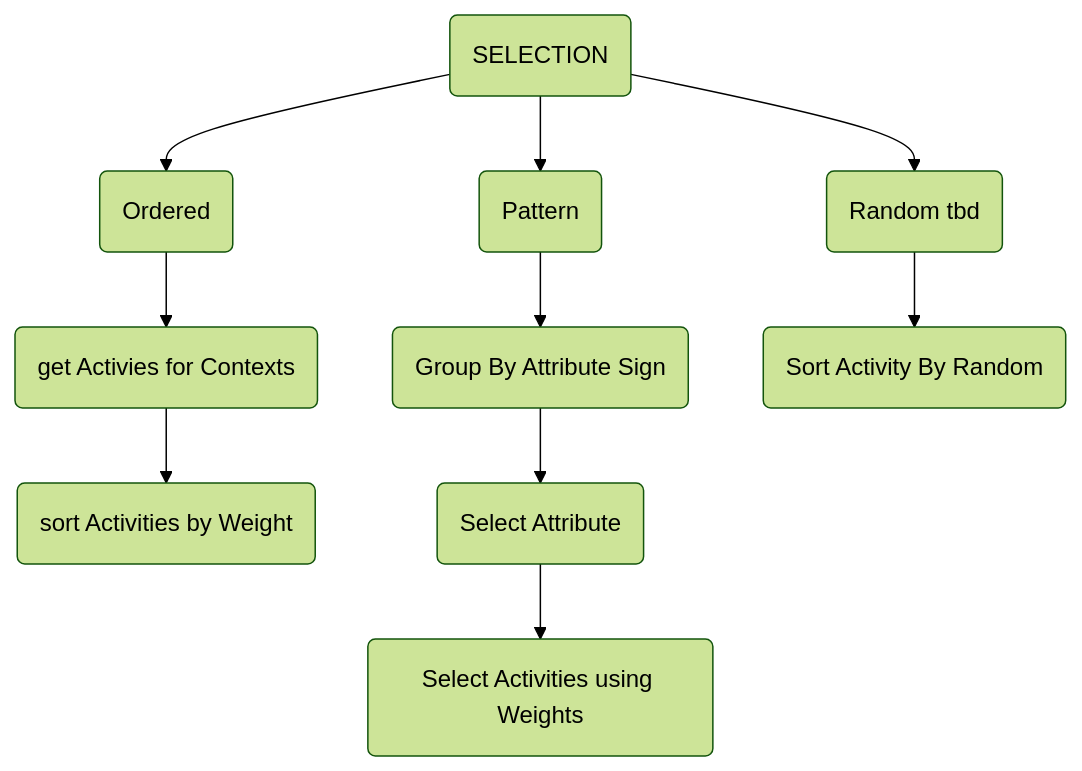
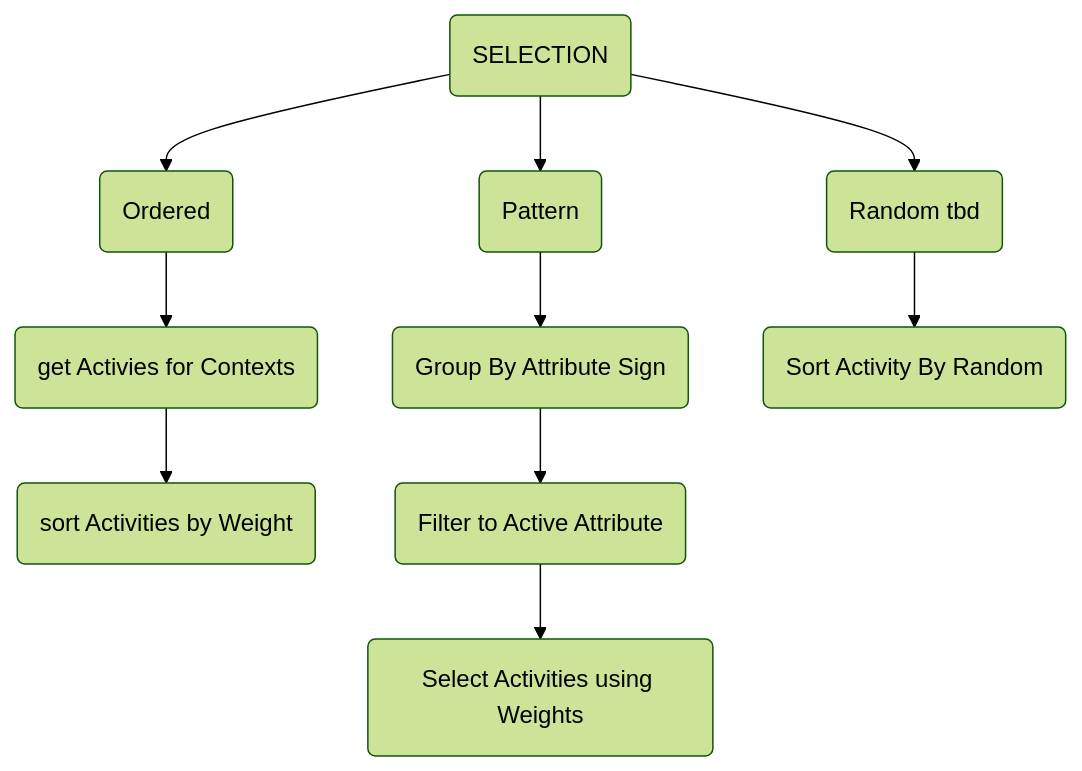
The diagram in docs/d-selection.md (eighteyes/autocal-core), drawn with Mermaid (forest theme) before and after one commit. The commit also changed 14 other files, not shown here.

````diff
--- a/docs/d-selection.md
+++ b/docs/d-selection.md
@@ -1,16 +1,16 @@
 ```mermaid
 graph TD
 S(SELECTION) --> S1(Ordered)
 S-->S2(Pattern)
 S-->S3(Random tbd)
 
 S1-->A1(get Activies for Contexts)
 A1-->A1S(sort Activities by Weight)
 
-S2-->P1(Group By Attribute Sign)-->P2(Select Attribute)
+S2-->P1(Group By Attribute Sign)-->P2(Filter to Active Attribute)
 P2-->P3(Select Activities using Weights)
 
 
 S3-->R1(Sort Activity By Random)
 
 ```
````
